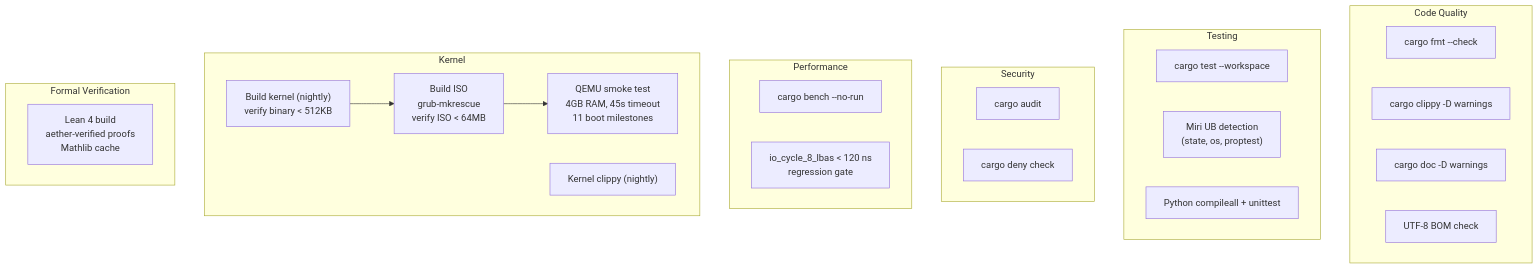
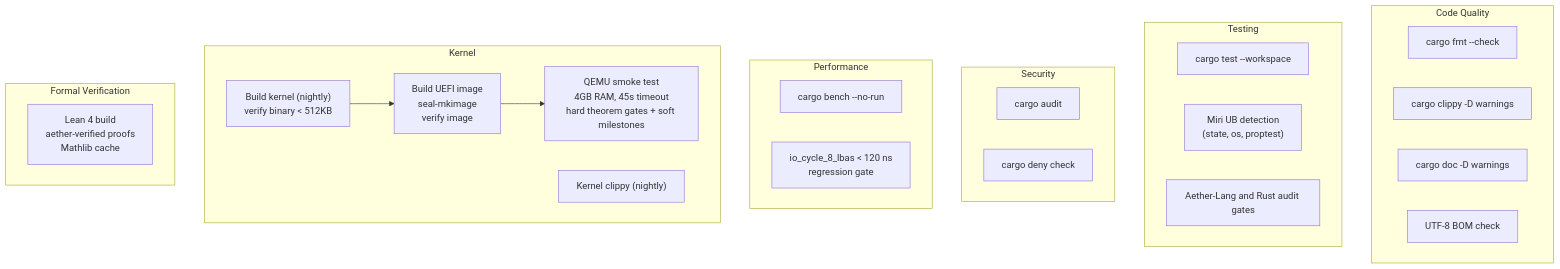
Diagram 18 of 18 in README.md (teerthsharma/Epsilon-Hollow), drawn with Mermaid before and after one commit. The commit also changed other lines of this file and 295 other files, not shown here.

````diff
--- a/README.md
+++ b/README.md
@@ -1209,38 +1224,38 @@
 ```mermaid
 graph TD
     subgraph "Code Quality"
         FMT["cargo fmt --check"]
         CLIPPY["cargo clippy -D warnings"]
         DOCS["cargo doc -D warnings"]
         BOM["UTF-8 BOM check"]
     end
 
     subgraph "Testing"
         TEST["cargo test --workspace"]
         MIRI["Miri UB detection<br/>(state, os, proptest)"]
-        PYTHON["Python compileall + unittest"]
+        AETHER_CI["Aether-Lang and Rust audit gates"]
     end
 
     subgraph "Security"
         AUDIT["cargo audit"]
         DENY["cargo deny check"]
     end
 
     subgraph "Performance"
         BENCH_COMPILE["cargo bench --no-run"]
         BENCH_GATE["io_cycle_8_lbas < 120 ns<br/>regression gate"]
     end
 
     subgraph "Kernel"
         KBUILD["Build kernel (nightly)<br/>verify binary < 512KB"]
         KCLIPPY["Kernel clippy (nightly)"]
-        KISO["Build ISO<br/>grub-mkrescue<br/>verify ISO < 64MB"]
-        KQEMU["QEMU smoke test<br/>4GB RAM, 45s timeout<br/>11 boot milestones"]
+        KISO["Build UEFI image<br/>seal-mkimage<br/>verify image"]
+        KQEMU["QEMU smoke test<br/>4GB RAM, 45s timeout<br/>hard theorem gates + soft milestones"]
     end
 
     subgraph "Formal Verification"
         LEAN["Lean 4 build<br/>aether-verified proofs<br/>Mathlib cache"]
     end
 
     KBUILD --> KISO --> KQEMU
 ```
````
